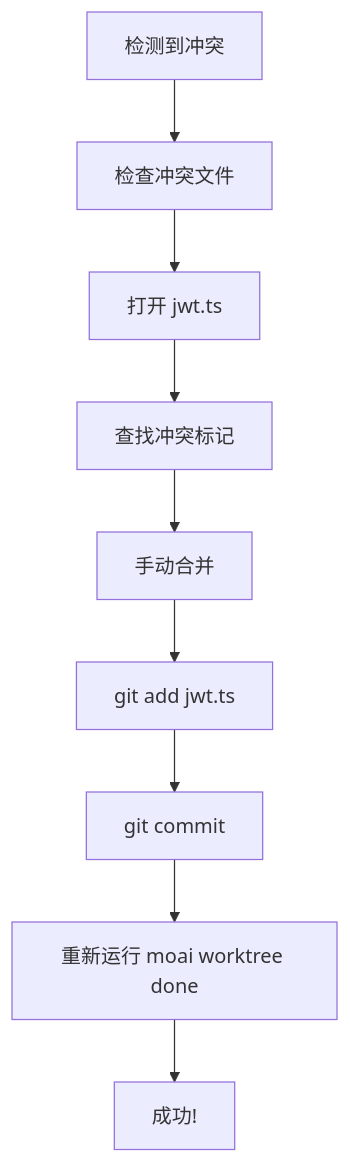
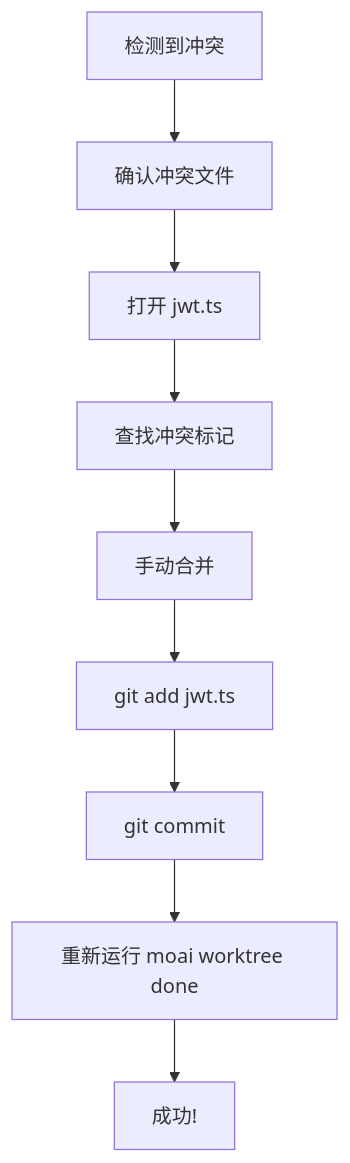
The third of 4 diagrams in mirrors/repos/modu-ai@moai-adk/docs-site/content/zh/worktree/examples.md (gabrielmoreira/agent-skills-mirror), drawn with Mermaid before and after one commit. The commit also changed other lines of this file and 2470 other files, not shown here.

````diff
--- a/mirrors/repos/modu-ai@moai-adk/docs-site/content/zh/worktree/examples.md
+++ b/mirrors/repos/modu-ai@moai-adk/docs-site/content/zh/worktree/examples.md
@@ -401,11 +408,11 @@
 ```mermaid
 flowchart TD
-    A[检测到冲突] --> B[检查冲突文件]
+    A[检测到冲突] --> B[确认冲突文件]
     B --> C[打开 jwt.ts]
     C --> D[查找冲突标记]
     D --> E[手动合并]
     E --> F[git add jwt.ts]
     F --> G[git commit]
     G --> H[重新运行 moai worktree done]
     H --> I[成功!]
 ```
````
